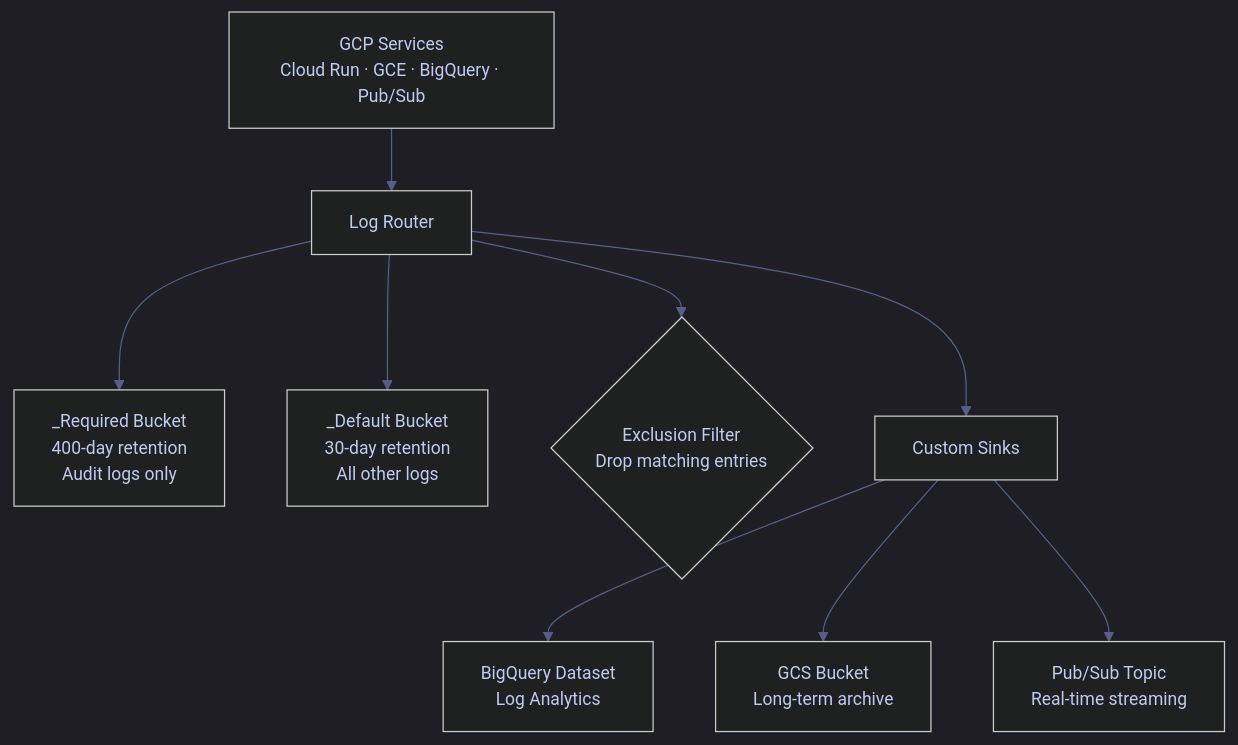
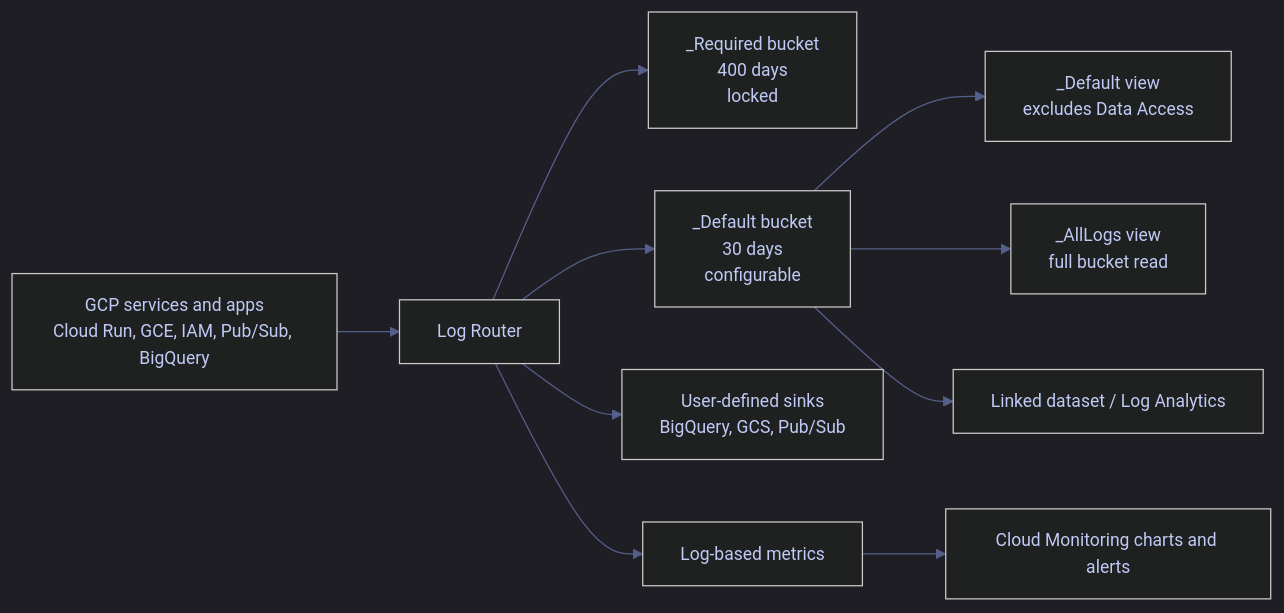
The diagram in content/06-GCP/07-Logging/01-cloud-logging.md (alp78/elysium), drawn with Mermaid before and after one commit. The commit also changed other lines of this file and 493 other files, not shown here.

````diff
--- a/content/06-GCP/07-Logging/01-cloud-logging.md
+++ b/content/06-GCP/07-Logging/01-cloud-logging.md
@@ -20,23 +269,24 @@
 ```mermaid
 %%{init: {'theme': 'dark', 'themeVariables': {
   'primaryColor': '#292e42',
   'primaryTextColor': '#c0caf5',
   'primaryBorderColor': '#565f89',
   'lineColor': '#565f89',
   'secondaryColor': '#1a1b26',
   'tertiaryColor': '#24283b',
   'noteTextColor': '#c0caf5',
   'noteBkgColor': '#292e42',
   'textColor': '#c0caf5',
   'fontSize': '14px'
 }}}%%
-flowchart TD
-    A["GCP Services<br>Cloud Run · GCE · BigQuery · Pub/Sub"] --> B["Log Router"]
-    B --> C["_Required Bucket<br>400-day retention<br>Audit logs only"]
-    B --> D["_Default Bucket<br>30-day retention<br>All other logs"]
-    B --> E{"Exclusion Filter<br>Drop matching entries"}
-    B --> F["Custom Sinks"]
-    F --> G["BigQuery Dataset<br>Log Analytics"]
-    F --> H["GCS Bucket<br>Long-term archive"]
-    F --> I["Pub/Sub Topic<br>Real-time streaming"]
+flowchart LR
+    A["GCP services and apps<br>Cloud Run, GCE, IAM, Pub/Sub, BigQuery"] --> B["Log Router"]
+    B --> C["_Required bucket<br>400 days<br>locked"]
+    B --> D["_Default bucket<br>30 days<br>configurable"]
+    D --> E["_Default view<br>excludes Data Access"]
+    D --> F["_AllLogs view<br>full bucket read"]
+    B --> G["User-defined sinks<br>BigQuery, GCS, Pub/Sub"]
+    B --> H["Log-based metrics"]
+    H --> I["Cloud Monitoring charts and alerts"]
+    D --> J["Linked dataset / Log Analytics"]
 ```
````
